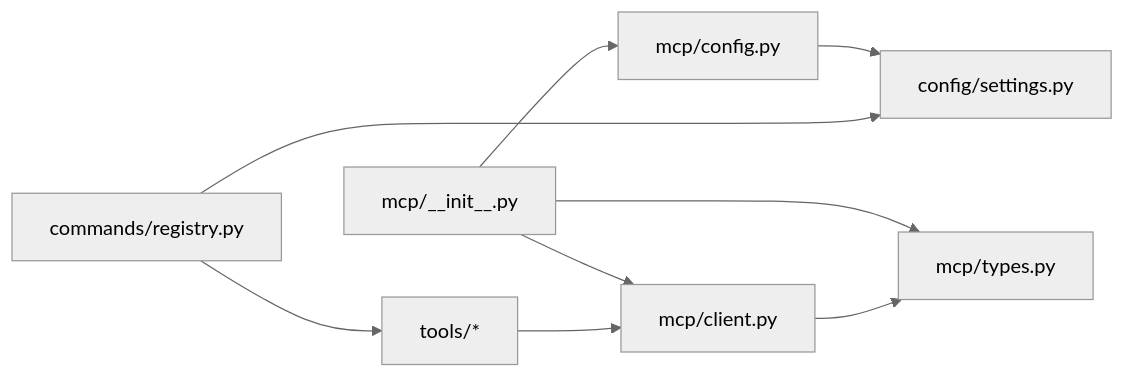
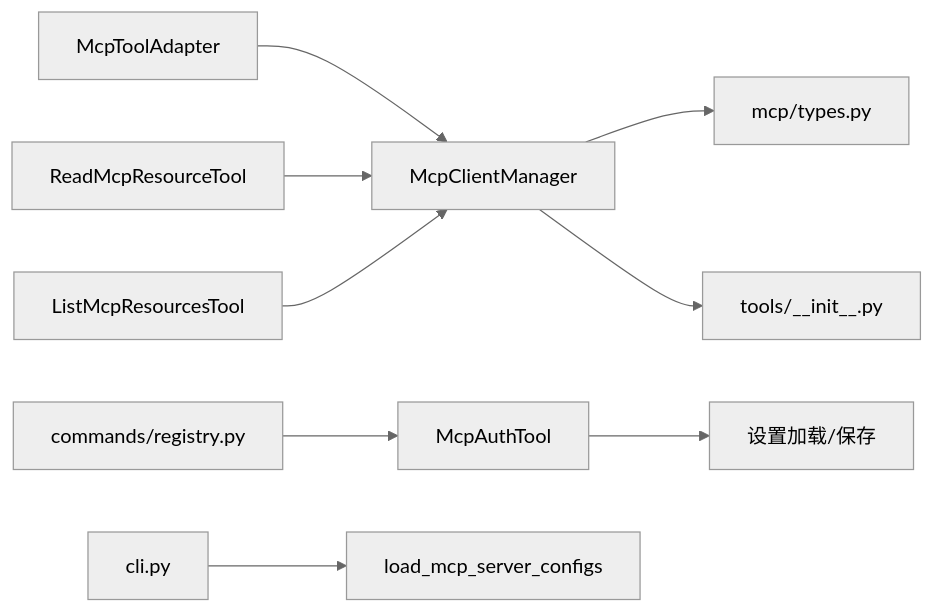
Before and after one commit to haolange/OpenHarness: the eighth of 8 diagrams in .qoder/repowiki/zh/content/MCP 协议支持/MCP 协议支持.md, drawn with Mermaid (neutral theme). The commit also changed other lines of this file and 222 other files, not shown here.

````diff
--- a/.qoder/repowiki/zh/content/MCP 协议支持/MCP 协议支持.md
+++ b/.qoder/repowiki/zh/content/MCP 协议支持/MCP 协议支持.md
@@ -390,11 +369,11 @@
 ```mermaid
 graph LR
-Init["mcp/__init__.py"] --> Types["mcp/types.py"]
-Init --> Config["mcp/config.py"]
-Init --> Client["mcp/client.py"]
-Config --> Settings["config/settings.py"]
-Client --> Types
-Tools["tools/*"] --> Client
-AuthCmd["commands/registry.py"] --> Settings
-AuthCmd --> Tools
+McpClientManager["McpClientManager"] --> Types["mcp/types.py"]
+McpClientManager --> ToolsReg["tools/__init__.py"]
+McpToolAdapter["McpToolAdapter"] --> McpClientManager
+ReadResourceTool["ReadMcpResourceTool"] --> McpClientManager
+ListResourcesTool["ListMcpResourcesTool"] --> McpClientManager
+McpAuthTool["McpAuthTool"] --> Settings["设置加载/保存"]
+CLI["cli.py"] --> ConfigLoader["load_mcp_server_configs"]
+Commands["commands/registry.py"] --> McpAuthTool
 ```
````
